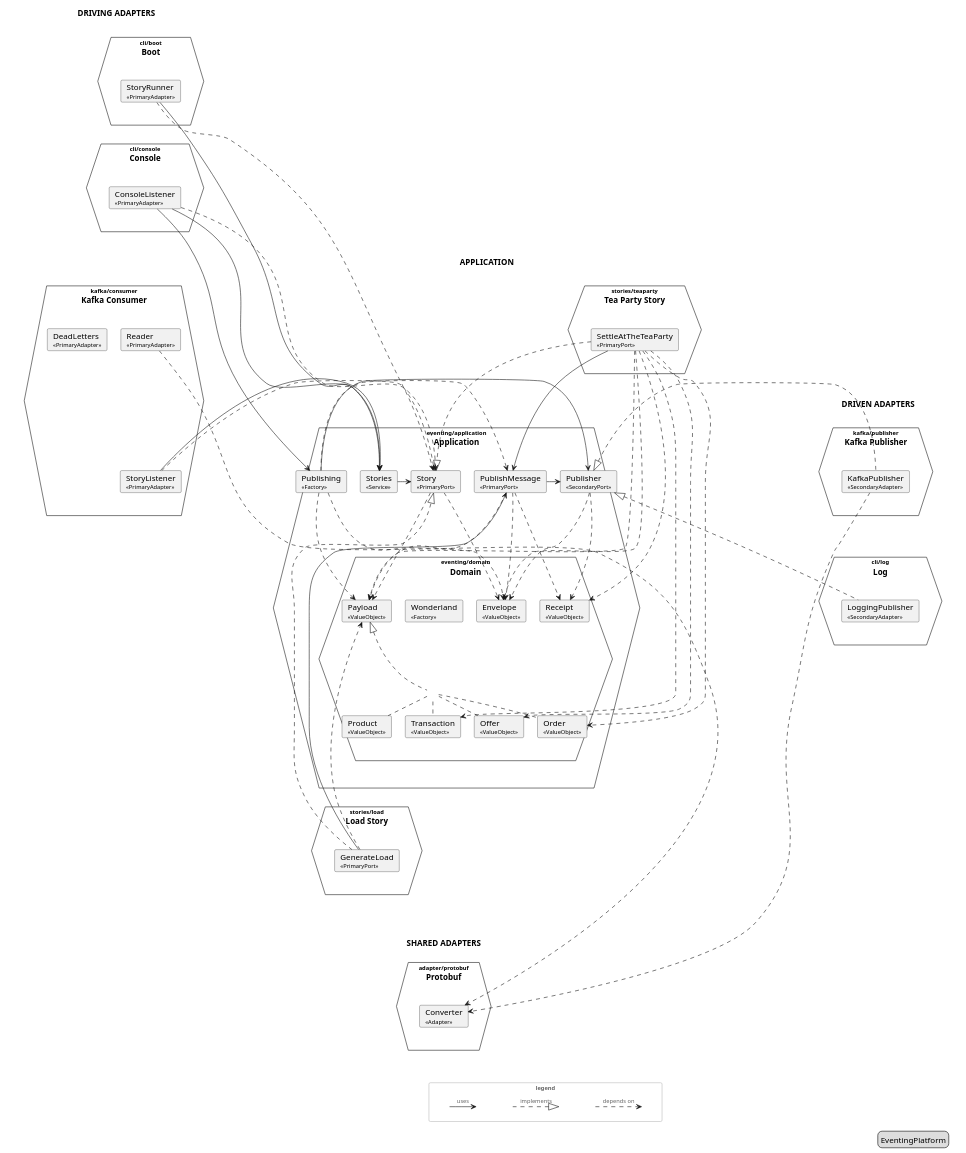
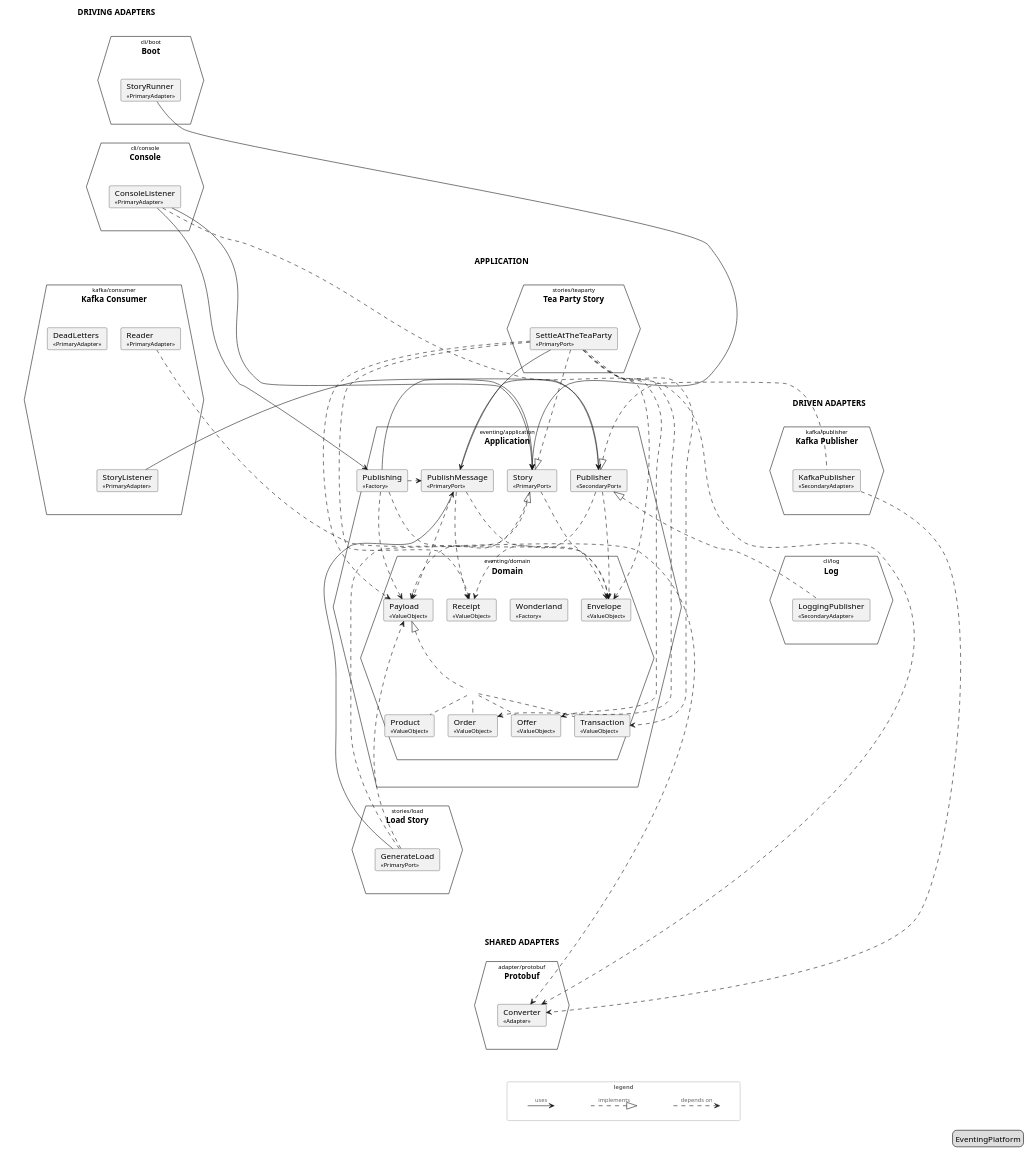
Before and after one commit to Mathmagicians/confluent-eventing-playground: the diagram in docs/generated/architecture/plantuml/hexagon.puml, drawn with PlantUML. The commit also changed 20 other files, not shown here.

Commit message:
Console listener ready, docs updated

```diff
--- a/docs/generated/architecture/plantuml/hexagon.puml
+++ b/docs/generated/architecture/plantuml/hexagon.puml
@@ -1,187 +1,181 @@
 @startuml
 ' the hexagon from the code: Spring Modulith modules placed by their jMolecules stereotypes
 skinparam shadowing false
 skinparam defaultTextAlignment left
 skinparam ranksep 24
 skinparam nodesep 24
 skinparam ArrowFontSize 10
 skinparam ArrowFontColor #666666
 <style>
-hexagon { HorizontalAlignment center }
+hexagon { HorizontalAlignment center; FontStyle plain }
 rectangle { HorizontalAlignment center }
 </style>
 
 rectangle "DRIVING ADAPTERS" as driving #line:transparent {
-  hexagon "<size:10>cli/boot</size>\nBoot" as m_Boot {
+  hexagon "<size:10>cli/boot</size>\n<b>Boot</b>" as m_Boot {
     rectangle "<size:1> </size>" as m_Boot_in #line:transparent {
       card "StoryRunner\n<size:10>«PrimaryAdapter»</size>" as m_Boot_StoryRunner
     }
   }
-  hexagon "<size:10>cli/console</size>\nConsole" as m_Console {
+  hexagon "<size:10>cli/console</size>\n<b>Console</b>" as m_Console {
     rectangle "<size:1> </size>" as m_Console_in #line:transparent {
       card "ConsoleListener\n<size:10>«PrimaryAdapter»</size>" as m_Console_ConsoleListener
     }
   }
-  hexagon "<size:10>kafka/consumer</size>\nKafka Consumer" as m_Kafka_Consumer {
+  hexagon "<size:10>kafka/consumer</size>\n<b>Kafka Consumer</b>" as m_Kafka_Consumer {
     rectangle "<size:1> </size>" as m_Kafka_Consumer_in #line:transparent {
       card "DeadLetters\n<size:10>«PrimaryAdapter»</size>" as m_Kafka_Consumer_DeadLetters
       card "Reader\n<size:10>«PrimaryAdapter»</size>" as m_Kafka_Consumer_Reader
       card "StoryListener\n<size:10>«PrimaryAdapter»</size>" as m_Kafka_Consumer_StoryListener
       m_Kafka_Consumer_DeadLetters -[hidden]right-> m_Kafka_Consumer_Reader
       m_Kafka_Consumer_DeadLetters -[hidden]down-> m_Kafka_Consumer_StoryListener
     }
   }
   m_Boot_StoryRunner -[hidden]down-> m_Console_ConsoleListener
   m_Console_ConsoleListener -[hidden]down-> m_Kafka_Consumer_DeadLetters
 }
 rectangle "APPLICATION" as core #line:transparent {
-  hexagon "<size:10>eventing/application</size>\nApplication" as m_Application {
+  hexagon "<size:10>eventing/application</size>\n<b>Application</b>" as m_Application {
     rectangle "<size:1> </size>" as m_Application_in #line:transparent {
       card "PublishMessage\n<size:10>«PrimaryPort»</size>" as m_Application_PublishMessage
       card "Story\n<size:10>«PrimaryPort»</size>" as m_Application_Story
       card "Publisher\n<size:10>«SecondaryPort»</size>" as m_Application_Publisher
       card "Publishing\n<size:10>«Factory»</size>" as m_Application_Publishing
-      card "Stories\n<size:10>«Service»</size>" as m_Application_Stories
       m_Application_PublishMessage -[hidden]right-> m_Application_Story
       m_Application_Story -[hidden]right-> m_Application_Publisher
       m_Application_Publisher -[hidden]right-> m_Application_Publishing
-      m_Application_Publishing -[hidden]right-> m_Application_Stories
-      hexagon "<size:10>eventing/domain</size>\nDomain" as m_Domain {
+      hexagon "<size:10>eventing/domain</size>\n<b>Domain</b>" as m_Domain {
         rectangle "<size:1> </size>" as m_Domain_in #line:transparent {
           card "Wonderland\n<size:10>«Factory»</size>" as m_Domain_Wonderland
           card "Envelope\n<size:10>«ValueObject»</size>" as m_Domain_Envelope
           card "Payload\n<size:10>«ValueObject»</size>" as m_Domain_Payload
           card "Offer\n<size:10>«ValueObject»</size>" as m_Domain_Offer
           card "Order\n<size:10>«ValueObject»</size>" as m_Domain_Order
           card "Product\n<size:10>«ValueObject»</size>" as m_Domain_Product
           card "Transaction\n<size:10>«ValueObject»</size>" as m_Domain_Transaction
           label "<size:1> </size>" as m_Domain_Payload_j
           m_Domain_Offer .up. m_Domain_Payload_j
           m_Domain_Order .up. m_Domain_Payload_j
           m_Domain_Product .up. m_Domain_Payload_j
           m_Domain_Transaction .up. m_Domain_Payload_j
           m_Domain_Payload_j .up.|> m_Domain_Payload
           card "Receipt\n<size:10>«ValueObject»</size>" as m_Domain_Receipt
           m_Domain_Wonderland -[hidden]right-> m_Domain_Envelope
           m_Domain_Envelope -[hidden]right-> m_Domain_Payload
           m_Domain_Payload -[hidden]right-> m_Domain_Receipt
           m_Domain_Offer -[hidden]right-> m_Domain_Order
           m_Domain_Order -[hidden]right-> m_Domain_Product
           m_Domain_Product -[hidden]right-> m_Domain_Transaction
           m_Domain_Payload -[hidden]down-> m_Domain_Order
         }
       }
       m_Application_PublishMessage -[hidden]down-> m_Domain_Envelope
       m_Application_Story -[hidden]down-> m_Domain_Envelope
       m_Application_Publisher -[hidden]down-> m_Domain_Envelope
       m_Application_Publishing -[hidden]down-> m_Domain_Envelope
-      m_Application_Stories -[hidden]down-> m_Domain_Envelope
     }
   }
-  hexagon "<size:10>stories/load</size>\nLoad Story" as m_Load_Story {
+  hexagon "<size:10>stories/load</size>\n<b>Load Story</b>" as m_Load_Story {
     rectangle "<size:1> </size>" as m_Load_Story_in #line:transparent {
       card "GenerateLoad\n<size:10>«PrimaryPort»</size>" as m_Load_Story_GenerateLoad
     }
   }
-  hexagon "<size:10>stories/teaparty</size>\nTea Party Story" as m_Tea_Party_Story {
+  hexagon "<size:10>stories/teaparty</size>\n<b>Tea Party Story</b>" as m_Tea_Party_Story {
     rectangle "<size:1> </size>" as m_Tea_Party_Story_in #line:transparent {
       card "SettleAtTheTeaParty\n<size:10>«PrimaryPort»</size>" as m_Tea_Party_Story_SettleAtTheTeaParty
     }
   }
   m_Domain_Offer -[hidden]down-> m_Load_Story_GenerateLoad
   m_Domain_Order -[hidden]down-> m_Load_Story_GenerateLoad
   m_Domain_Product -[hidden]down-> m_Load_Story_GenerateLoad
   m_Domain_Transaction -[hidden]down-> m_Load_Story_GenerateLoad
   m_Load_Story_GenerateLoad -[hidden]down-> m_Tea_Party_Story_SettleAtTheTeaParty
 }
 rectangle "DRIVEN ADAPTERS" as driven #line:transparent {
-  hexagon "<size:10>kafka/publisher</size>\nKafka Publisher" as m_Kafka_Publisher {
+  hexagon "<size:10>kafka/publisher</size>\n<b>Kafka Publisher</b>" as m_Kafka_Publisher {
     rectangle "<size:1> </size>" as m_Kafka_Publisher_in #line:transparent {
       card "KafkaPublisher\n<size:10>«SecondaryAdapter»</size>" as m_Kafka_Publisher_KafkaPublisher
     }
   }
-  hexagon "<size:10>cli/log</size>\nLog" as m_Log {
+  hexagon "<size:10>cli/log</size>\n<b>Log</b>" as m_Log {
     rectangle "<size:1> </size>" as m_Log_in #line:transparent {
       card "LoggingPublisher\n<size:10>«SecondaryAdapter»</size>" as m_Log_LoggingPublisher
     }
   }
   m_Kafka_Publisher_KafkaPublisher -[hidden]down-> m_Log_LoggingPublisher
 }
 rectangle "SHARED ADAPTERS" as shared #line:transparent {
-  hexagon "<size:10>adapter/protobuf</size>\nProtobuf" as m_Protobuf {
+  hexagon "<size:10>adapter/protobuf</size>\n<b>Protobuf</b>" as m_Protobuf {
     rectangle "<size:1> </size>" as m_Protobuf_in #line:transparent {
       card "Converter\n<size:10>«Adapter»</size>" as m_Protobuf_Converter
     }
   }
 }
 label " " as t_driving
 t_driving -[hidden]down-> m_Boot_StoryRunner
 label " " as t_core
 t_driving -[hidden]right-> t_core
 driving -[hidden]right-> core
-t_core -[hidden]down-> m_Application_Publisher
+t_core -[hidden]down-> m_Application_Story
 label " " as t_driven
 t_core -[hidden]right-> t_driven
 core -[hidden]right-> driven
 t_driven -[hidden]down-> m_Kafka_Publisher_KafkaPublisher
 m_Domain_Offer -[hidden]down-> m_Protobuf_Converter
 m_Domain_Order -[hidden]down-> m_Protobuf_Converter
 m_Domain_Product -[hidden]down-> m_Protobuf_Converter
 m_Domain_Transaction -[hidden]down-> m_Protobuf_Converter
 m_Load_Story_GenerateLoad -[hidden]down-> m_Protobuf_Converter
 m_Tea_Party_Story_SettleAtTheTeaParty -[hidden]down-> m_Protobuf_Converter
 
 m_Application_PublishMessage -right-> m_Application_Publisher
 m_Application_PublishMessage ..> m_Domain_Envelope
 m_Application_PublishMessage ..> m_Domain_Payload
 m_Application_PublishMessage ..> m_Domain_Receipt
 m_Application_Publisher ..> m_Domain_Envelope
 m_Application_Publisher ..> m_Domain_Receipt
 m_Application_Publishing .right.> m_Application_PublishMessage
 m_Application_Publishing -right-> m_Application_Publisher
 m_Application_Publishing ..> m_Domain_Envelope
 m_Application_Publishing ..> m_Domain_Payload
-m_Application_Stories -right-> m_Application_Story
 m_Application_Story ..> m_Domain_Envelope
 m_Application_Story ..> m_Domain_Payload
-m_Boot_StoryRunner -right-> m_Application_Stories
-m_Boot_StoryRunner .right.> m_Application_Story
+m_Boot_StoryRunner -right-> m_Application_Story
 m_Console_ConsoleListener -right-> m_Application_Publishing
-m_Console_ConsoleListener -right-> m_Application_Stories
-m_Console_ConsoleListener .right.> m_Application_Story
+m_Console_ConsoleListener -right-> m_Application_Story
+m_Console_ConsoleListener .[norank].> m_Protobuf_Converter
 m_Kafka_Consumer_Reader .[norank].> m_Protobuf_Converter
-m_Kafka_Consumer_StoryListener -right-> m_Application_Stories
-m_Kafka_Consumer_StoryListener .right.> m_Application_Story
+m_Kafka_Consumer_StoryListener -right-> m_Application_Story
 m_Kafka_Publisher_KafkaPublisher .left.|> m_Application_Publisher
 m_Kafka_Publisher_KafkaPublisher .[norank].> m_Protobuf_Converter
 m_Load_Story_GenerateLoad --> m_Application_PublishMessage
 m_Load_Story_GenerateLoad ..|> m_Application_Story
 m_Load_Story_GenerateLoad ..> m_Domain_Payload
 m_Log_LoggingPublisher .left.|> m_Application_Publisher
 m_Tea_Party_Story_SettleAtTheTeaParty --> m_Application_PublishMessage
 m_Tea_Party_Story_SettleAtTheTeaParty ..|> m_Application_Story
 m_Tea_Party_Story_SettleAtTheTeaParty ..> m_Domain_Envelope
 m_Tea_Party_Story_SettleAtTheTeaParty ..> m_Domain_Offer
 m_Tea_Party_Story_SettleAtTheTeaParty ..> m_Domain_Order
 m_Tea_Party_Story_SettleAtTheTeaParty ..> m_Domain_Payload
 m_Tea_Party_Story_SettleAtTheTeaParty ..> m_Domain_Receipt
 m_Tea_Party_Story_SettleAtTheTeaParty ..> m_Domain_Transaction
 
 rectangle "<size:10>legend</size>" as legend #line:BBBBBB;text:666666 {
   label " " as l_uses_from
   label " " as l_uses_to
   l_uses_from -right-> l_uses_to : uses
   label " " as l_implements_from
   label " " as l_implements_to
   l_implements_from .right.|> l_implements_to : implements
   label " " as l_depends_on_from
   label " " as l_depends_on_to
   l_depends_on_from .right.> l_depends_on_to : depends on
   l_uses_to -[hidden]right-> l_implements_from
   l_implements_to -[hidden]right-> l_depends_on_from
 }
 m_Protobuf_Converter -[hidden]down-> l_uses_from
 legend right
   EventingPlatform
 endlegend
 @enduml
```
